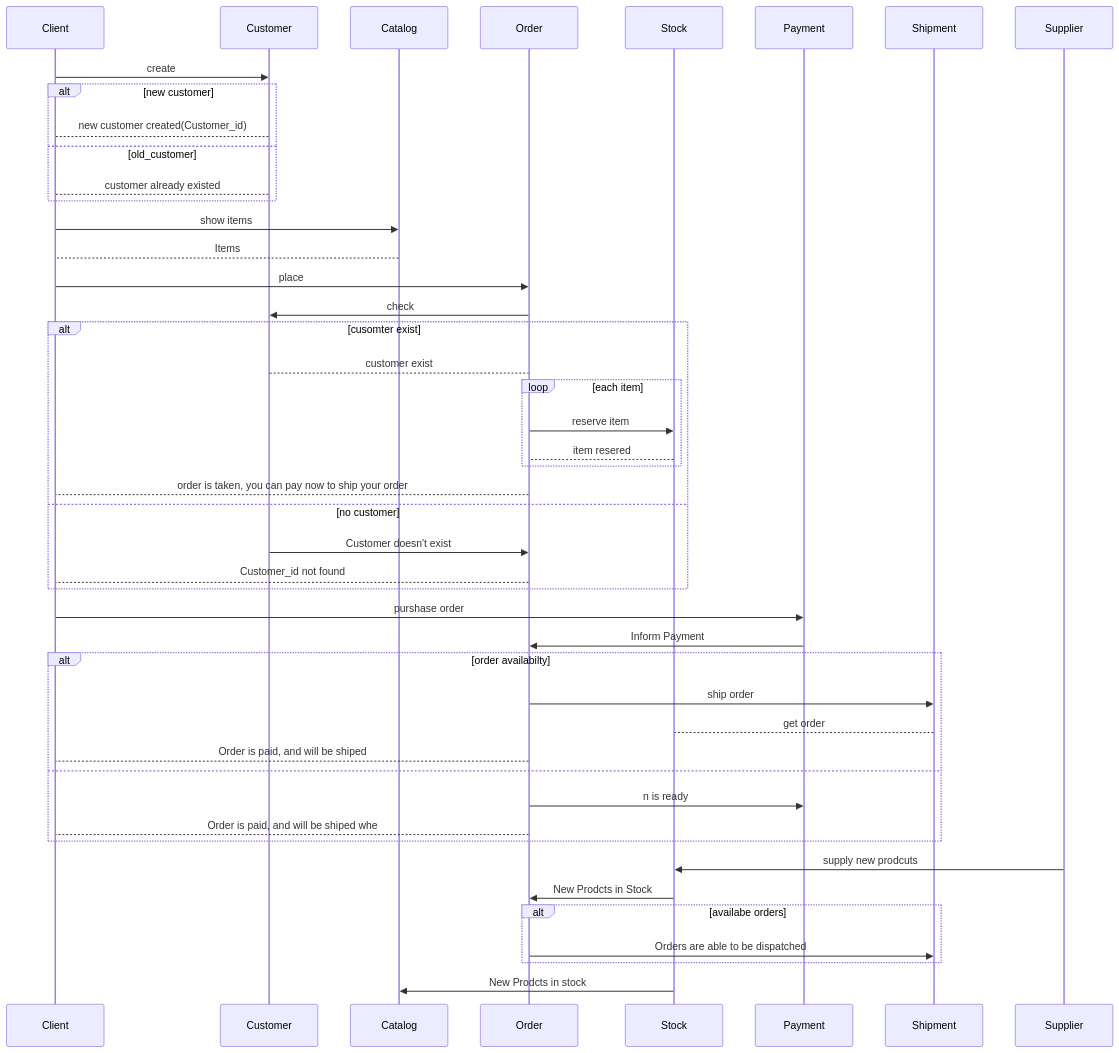
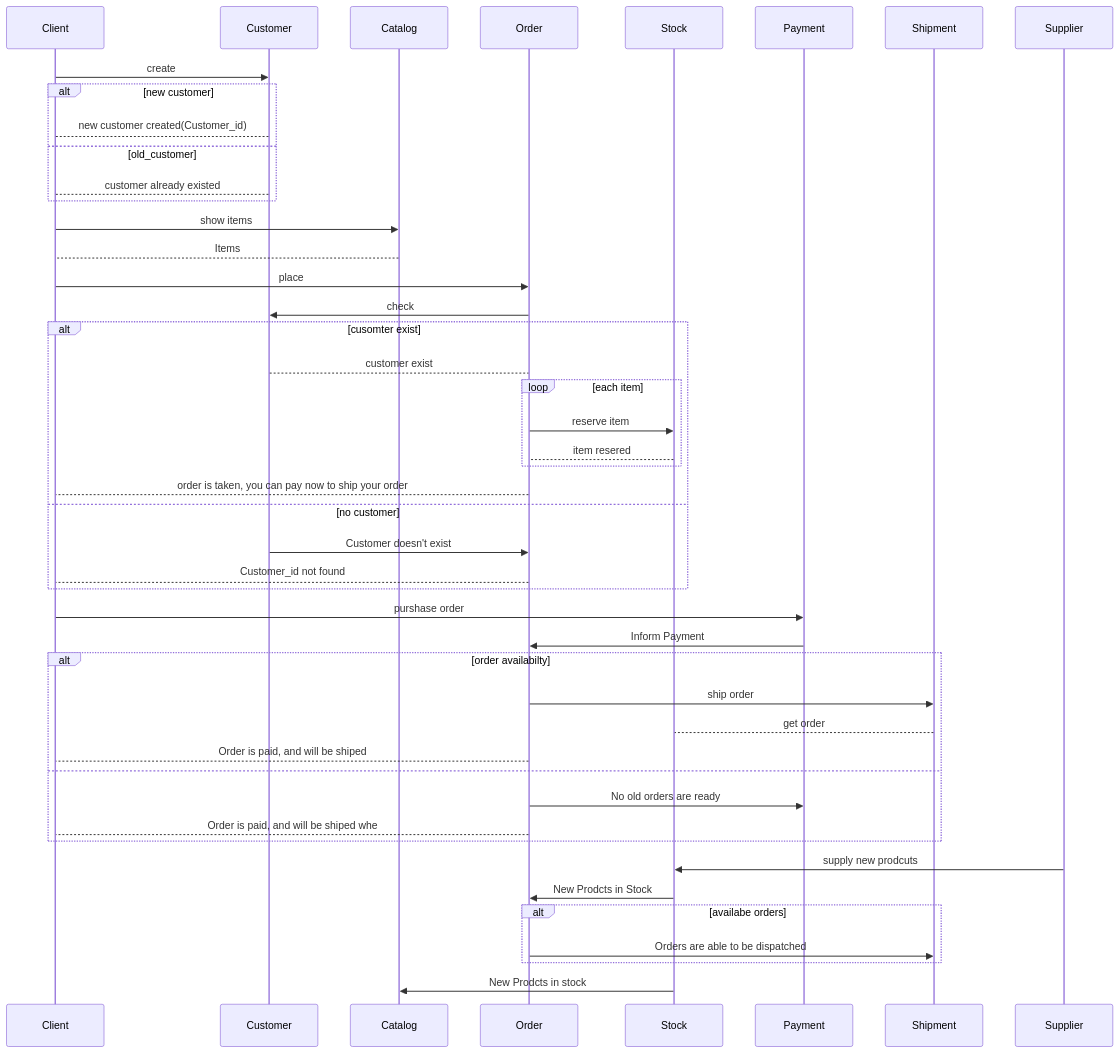
One commit to malazbw/Shopping_Online-using_GO changed the second of 2 diagrams in docs/Architektur.md. Above: the diagram before and after it, drawn with Mermaid.

````diff
--- a/docs/Architektur.md
+++ b/docs/Architektur.md
@@ -15,44 +15,45 @@
 ```mermaid
 sequenceDiagram
   Client->>Customer: create
     alt new customer
         Customer-->Client: new customer created(Customer_id)
     else old_customer
         Customer-->Client: customer already existed
     end
  Client->>Catalog:show items
  Catalog-->Client:Items   
  Client->>Order: place
  Order->>Customer: check
     alt cusomter exist
         Customer-->Order: customer exist
          loop each item
          Order->>Stock: reserve item
          Stock --> Order: item resered
         end
         Order --> Client: order is taken, you can pay now to ship your order
     else no customer
         Customer->>Order: Customer doesn't exist
         Order-->Client: Customer_id not found
     end
 Client->>Payment:purshase order
 Payment->>Order:Inform Payment
     alt order availabilty
         Order ->> Shipment: ship order 
         Shipment --> Stock: get order
         Order --> Client: Order is paid, and will be shiped
     else
-        Order ->> Payment:n is ready
+        Order ->> Payment:No old orders are ready
         Order --> Client :Order is paid, and will be shiped whe
     end
 
 Supplier->>Stock:supply new prodcuts
 Stock->>Order:New Prodcts in Stock
     alt availabe orders
         Order->>Shipment: Orders are able to be dispatched
     END
 Stock->>Catalog:New Prodcts in stock
 
     
 
+
 ```
````
